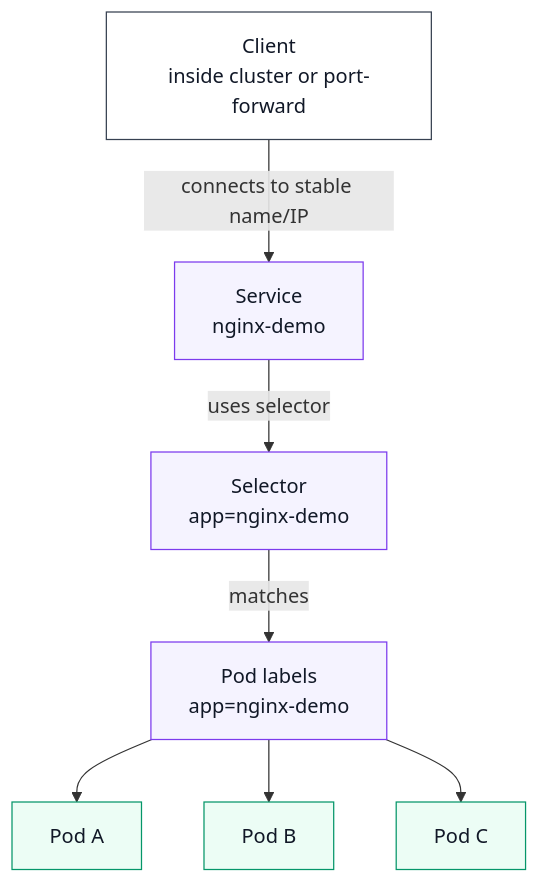
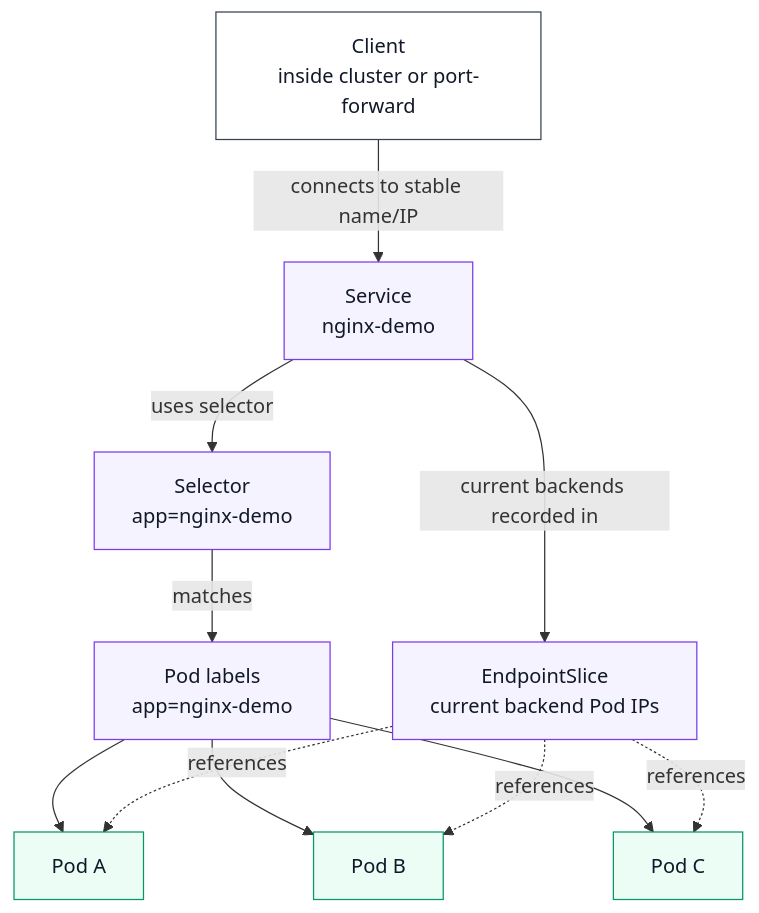
One commit to jimmfan/learn-kubernetes changed the fourth of 5 diagrams in part-01-local-kubernetes/kubernetes-universe-map.md. Above: the diagram before and after it, drawn with Mermaid. The commit also changed other lines of this file and 9 other files, not shown here.

````diff
--- a/part-01-local-kubernetes/kubernetes-universe-map.md
+++ b/part-01-local-kubernetes/kubernetes-universe-map.md
@@ -142,25 +144,30 @@
 ```mermaid
 flowchart TB
   client["Client<br/>inside cluster or port-forward"]
   svc["Service<br/>nginx-demo"]
   selector["Selector<br/>app=nginx-demo"]
   labels["Pod labels<br/>app=nginx-demo"]
+  slice["EndpointSlice<br/>current backend Pod IPs"]
   pod1["Pod A"]
   pod2["Pod B"]
   pod3["Pod C"]
 
   client -->|"connects to stable name/IP"| svc
   svc -->|"uses selector"| selector
   selector -->|"matches"| labels
   labels --> pod1
   labels --> pod2
   labels --> pod3
+  svc -->|"current backends recorded in"| slice
+  slice -.->|"references"| pod1
+  slice -.->|"references"| pod2
+  slice -.->|"references"| pod3
 
   classDef serviceBox fill:#f5f3ff,stroke:#7c3aed,stroke-width:1px,color:#111827
   classDef podBox fill:#ecfdf5,stroke:#059669,stroke-width:1px,color:#111827
   classDef objectBox fill:#ffffff,stroke:#374151,stroke-width:1px,color:#111827
 
-  class svc,selector,labels serviceBox
+  class svc,selector,labels,slice serviceBox
   class pod1,pod2,pod3 podBox
   class client objectBox
 ```
````
